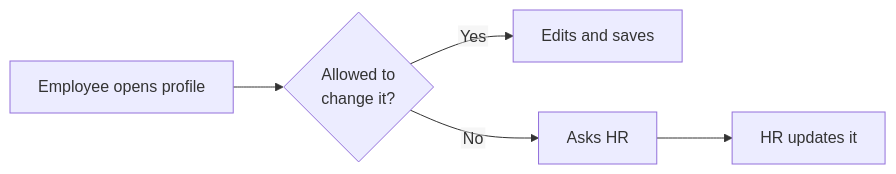
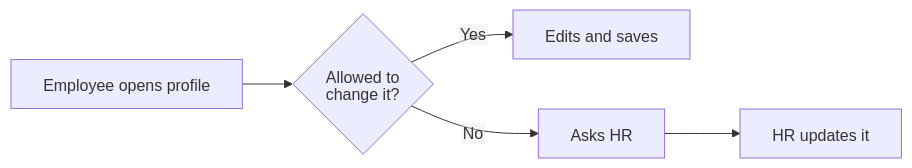
The third of 3 diagrams in docs/stage-2-discovery/01-as-is-assessment.md (RenukaPorje/ERP-internal), drawn with Mermaid before and after one commit. The commit also changed other lines of this file and 2 other files, not shown here.

Commit message:
docs: fixing the diagram labels in prd

````diff
--- a/docs/stage-2-discovery/01-as-is-assessment.md
+++ b/docs/stage-2-discovery/01-as-is-assessment.md
@@ -81,8 +81,8 @@
 ```mermaid
-%%{init: {"fontFamily": "Arial, Helvetica, sans-serif", "flowchart": {"htmlLabels": false, "padding": 14}}}%%
+%%{init: {"htmlLabels": false, "fontFamily": "Arial, Helvetica, sans-serif", "flowchart": {"htmlLabels": false, "padding": 16, "wrappingWidth": 400}}}%%
 flowchart LR
     A[Employee opens profile] --> B{Allowed to<br/>change it?}
     B -->|Yes| C[Edits and saves]
     B -->|No| D[Asks HR]
     D --> E[HR updates it]
 ```
````
